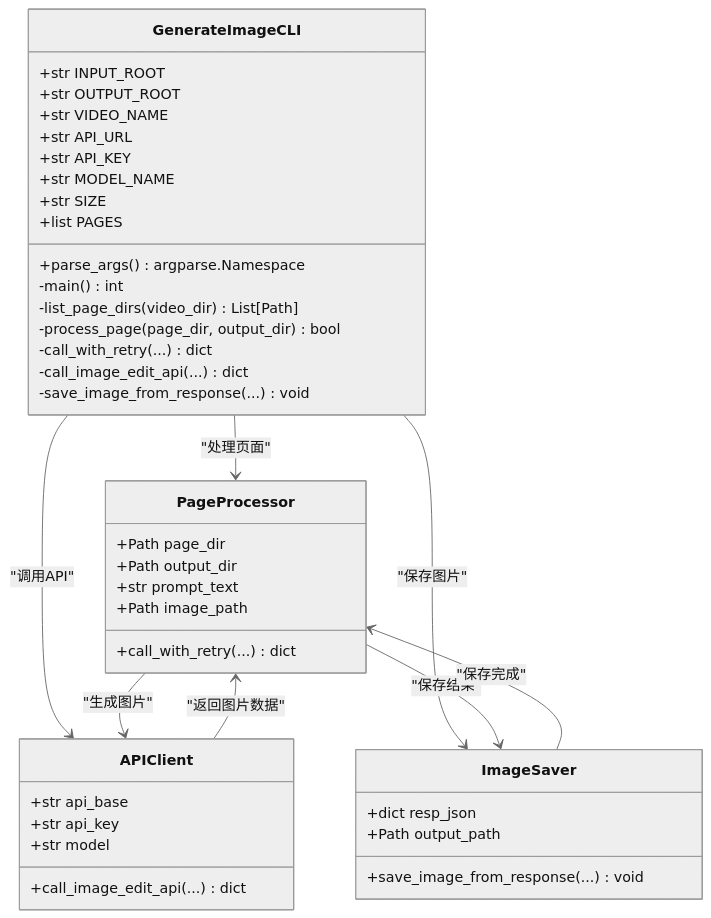
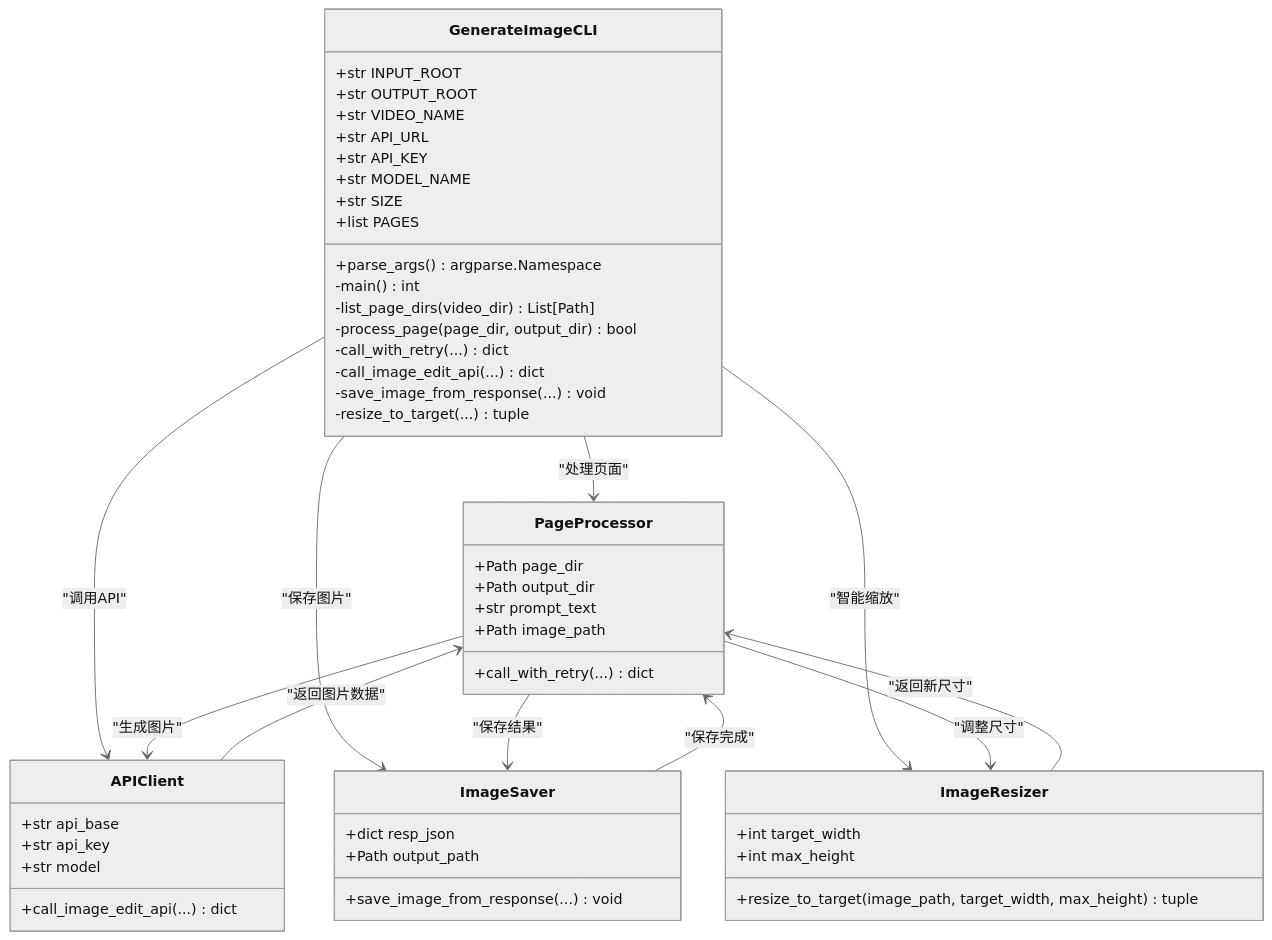
One commit to WongMingJiu/landingpage-test-hero-page changed the seventh of 9 diagrams in .qoder/repowiki/zh/content/开发者指南.md. Above: the diagram before and after it, drawn with Mermaid (neutral theme). The commit also changed other lines of this file and 12 other files, not shown here.

````diff
--- a/.qoder/repowiki/zh/content/开发者指南.md
+++ b/.qoder/repowiki/zh/content/开发者指南.md
@@ -347,45 +355,54 @@
 ```mermaid
 classDiagram
 class GenerateImageCLI {
 +str INPUT_ROOT
 +str OUTPUT_ROOT
 +str VIDEO_NAME
 +str API_URL
 +str API_KEY
 +str MODEL_NAME
 +str SIZE
 +list PAGES
 +parse_args() argparse.Namespace
 -main() int
 -list_page_dirs(video_dir) List[Path]
 -process_page(page_dir, output_dir) bool
 -call_with_retry(...) dict
 -call_image_edit_api(...) dict
 -save_image_from_response(...) void
+-resize_to_target(...) tuple
 }
 class PageProcessor {
 +Path page_dir
 +Path output_dir
 +str prompt_text
 +Path image_path
 +call_with_retry(...) dict
 }
 class APIClient {
 +str api_base
 +str api_key
 +str model
 +call_image_edit_api(...) dict
 }
 class ImageSaver {
 +dict resp_json
 +Path output_path
 +save_image_from_response(...) void
 }
+class ImageResizer {
++int target_width
++int max_height
++resize_to_target(image_path, target_width, max_height) tuple
+}
 GenerateImageCLI --> PageProcessor : "处理页面"
 GenerateImageCLI --> APIClient : "调用API"
 GenerateImageCLI --> ImageSaver : "保存图片"
+GenerateImageCLI --> ImageResizer : "智能缩放"
 PageProcessor --> APIClient : "生成图片"
 PageProcessor --> ImageSaver : "保存结果"
+PageProcessor --> ImageResizer : "调整尺寸"
 APIClient --> PageProcessor : "返回图片数据"
 ImageSaver --> PageProcessor : "保存完成"
+ImageResizer --> PageProcessor : "返回新尺寸"
 ```
````
